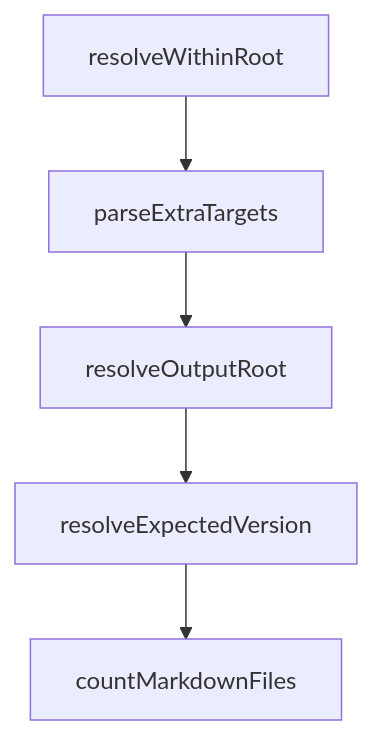
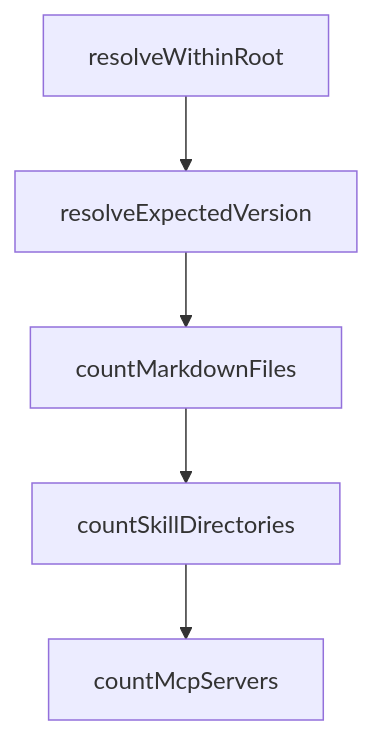
One commit to johnxie/awesome-code-docs changed the diagram in tutorials/compound-engineering-plugin-tutorial/04-multi-provider-conversion-and-config-sync.md. Above: the diagram before and after it, drawn with Mermaid. The commit also changed other lines of this file and 1232 other files, not shown here.

````diff
--- a/tutorials/compound-engineering-plugin-tutorial/04-multi-provider-conversion-and-config-sync.md
+++ b/tutorials/compound-engineering-plugin-tutorial/04-multi-provider-conversion-and-config-sync.md
@@ -228,12 +226,12 @@
 ```mermaid
 flowchart TD
     A[resolveWithinRoot]
-    B[parseExtraTargets]
-    C[resolveOutputRoot]
-    D[resolveExpectedVersion]
-    E[countMarkdownFiles]
+    B[resolveExpectedVersion]
+    C[countMarkdownFiles]
+    D[countSkillDirectories]
+    E[countMcpServers]
     A --> B
     B --> C
     C --> D
     D --> E
 ```
````
